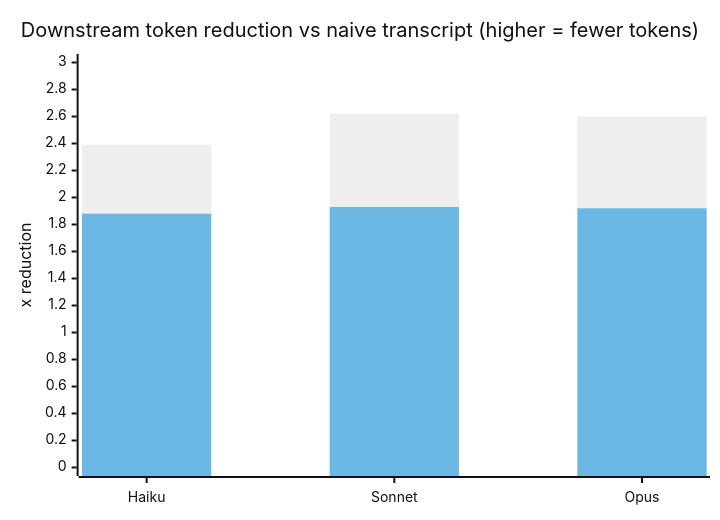
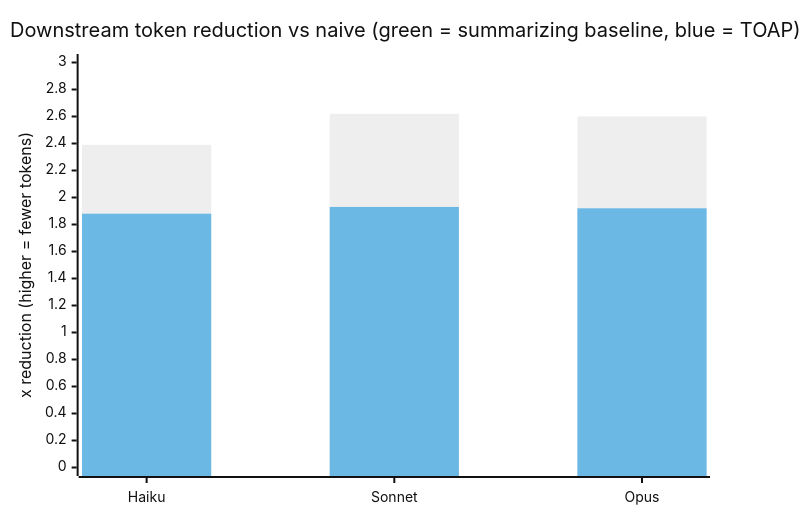
Before and after one commit to parnish007/TOAP: the first of 3 diagrams in README.md, drawn with Mermaid (neutral theme). The commit also changed other lines of this file and 1 other file, not shown here.

Commit message:
Add docs/EXPLAINER.md (detailed top-down walkthrough); de-emojify README, cleaner diagrams

````diff
--- a/README.md
+++ b/README.md
@@ -125,8 +138,8 @@
 ```mermaid
 xychart-beta
-    title "Downstream token reduction vs naive transcript (higher = fewer tokens)"
-    x-axis ["Haiku", "Sonnet", "Opus"]
-    y-axis "x reduction" 0 --> 3
+    title "Downstream token reduction vs naive  (green = summarizing baseline, blue = TOAP)"
+    x-axis [Haiku, Sonnet, Opus]
+    y-axis "x reduction (higher = fewer tokens)" 0 --> 3
     bar [2.39, 2.62, 2.60]
     bar [1.88, 1.93, 1.92]
 ```
````
